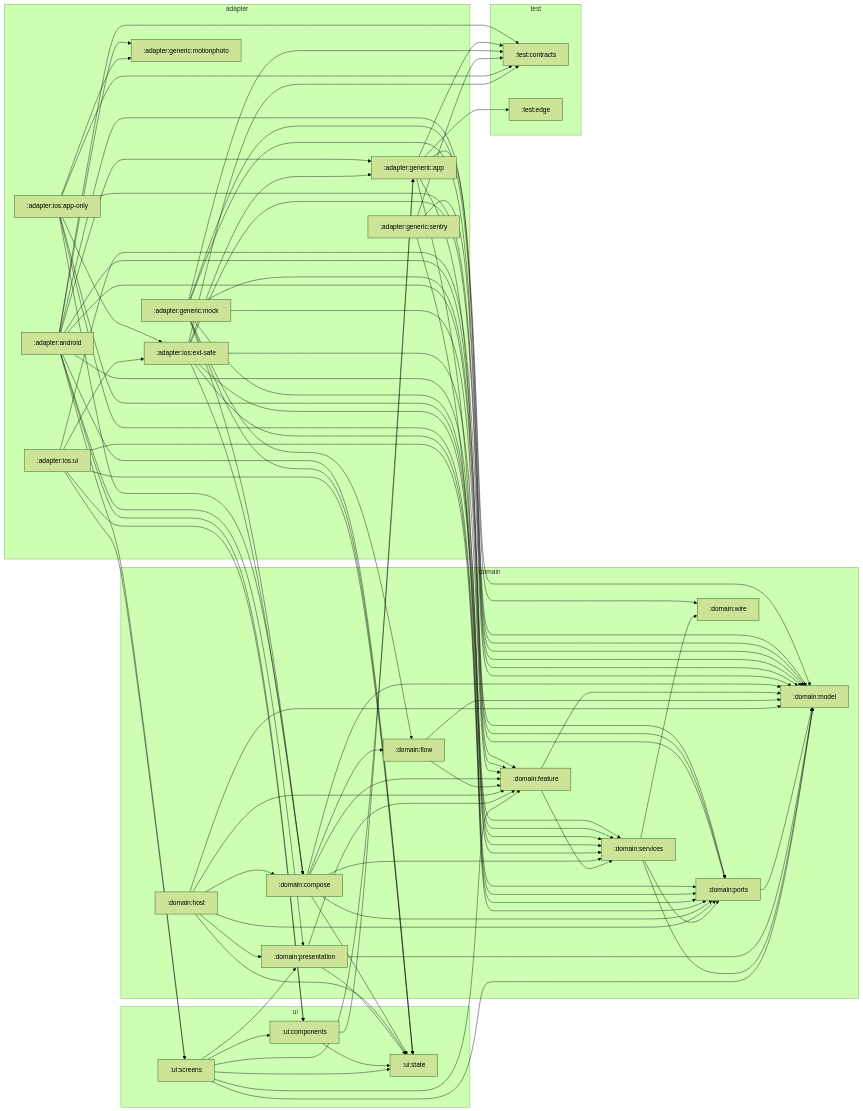
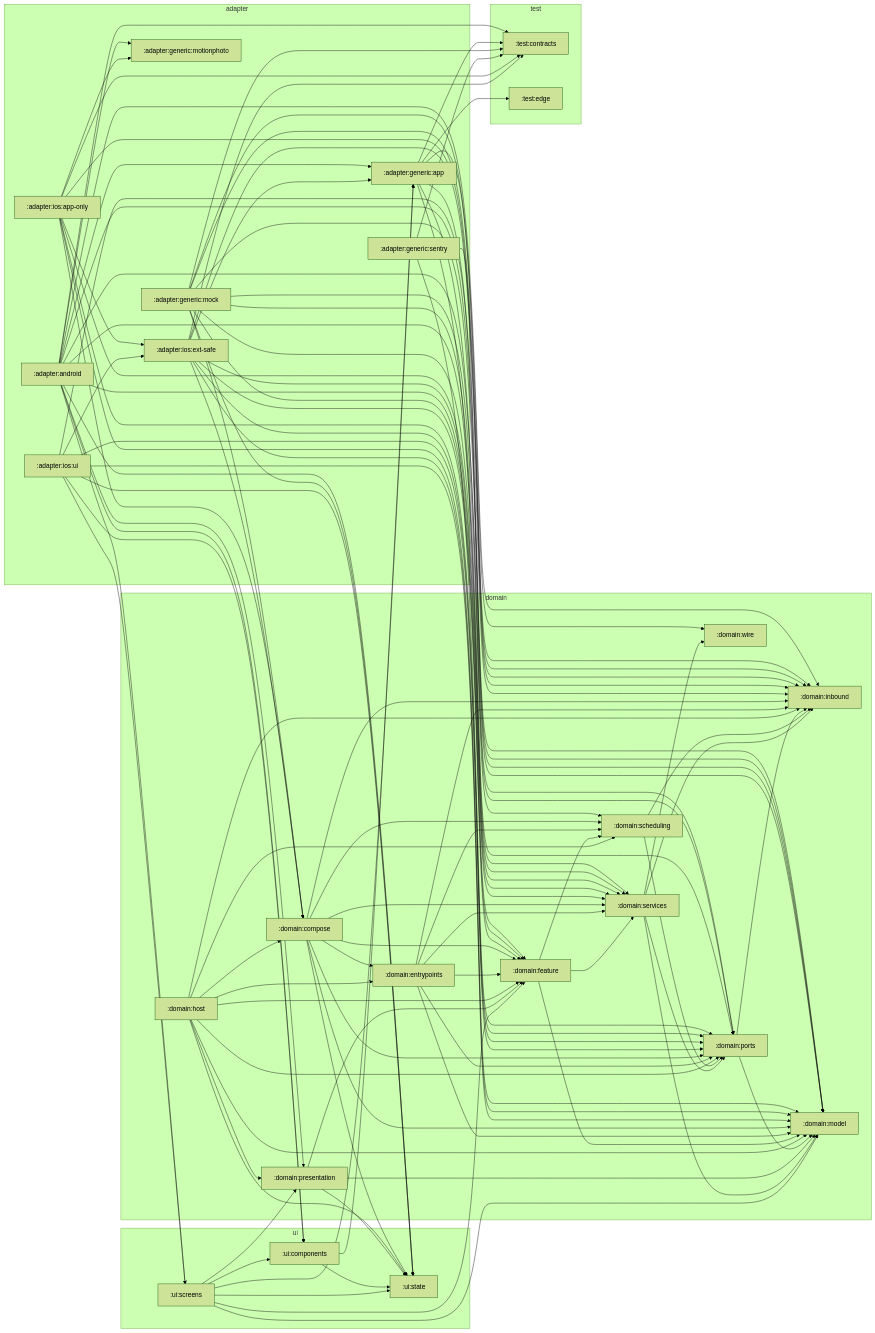
One commit to stefanhoelzl/SnapSync changed the diagram in architecture/zones.md. Above: the diagram before and after it, drawn with Mermaid (forest theme). The commit also changed 371 other files, not shown here.

```diff
--- a/architecture/zones.md
+++ b/architecture/zones.md
@@ -19,12 +19,14 @@
   end
   subgraph domain
     domain_compose[":domain:compose"]
+    domain_entrypoints[":domain:entrypoints"]
     domain_feature[":domain:feature"]
-    domain_flow[":domain:flow"]
     domain_host[":domain:host"]
+    domain_inbound[":domain:inbound"]
     domain_model[":domain:model"]
     domain_ports[":domain:ports"]
     domain_presentation[":domain:presentation"]
+    domain_scheduling[":domain:scheduling"]
     domain_services[":domain:services"]
     domain_wire[":domain:wire"]
   end
@@ -40,6 +42,7 @@
   adapter_android --> adapter_generic_app
   adapter_android --> adapter_generic_motionphoto
   adapter_android --> domain_feature
+  adapter_android --> domain_inbound
   adapter_android --> domain_model
   adapter_android --> domain_ports
   adapter_android --> domain_presentation
@@ -48,6 +51,7 @@
   adapter_android --> ui_components
   adapter_android --> ui_screens
   adapter_android --> ui_state
+  adapter_generic_app --> domain_inbound
   adapter_generic_app --> domain_model
   adapter_generic_app --> domain_ports
   adapter_generic_app --> domain_services
@@ -55,9 +59,10 @@
   adapter_generic_app --> test_edge
   adapter_generic_mock --> domain_compose
   adapter_generic_mock --> domain_feature
-  adapter_generic_mock --> domain_flow
+  adapter_generic_mock --> domain_inbound
   adapter_generic_mock --> domain_model
   adapter_generic_mock --> domain_ports
+  adapter_generic_mock --> domain_scheduling
   adapter_generic_mock --> domain_services
   adapter_generic_mock --> domain_wire
   adapter_generic_mock --> test_contracts
@@ -68,6 +73,7 @@
   adapter_ios_app_only --> adapter_generic_motionphoto
   adapter_ios_app_only --> adapter_ios_ext_safe
   adapter_ios_app_only --> domain_compose
+  adapter_ios_app_only --> domain_inbound
   adapter_ios_app_only --> domain_model
   adapter_ios_app_only --> domain_ports
   adapter_ios_app_only --> domain_services
@@ -75,36 +81,52 @@
   adapter_ios_ext_safe --> adapter_generic_app
   adapter_ios_ext_safe --> domain_compose
   adapter_ios_ext_safe --> domain_feature
+  adapter_ios_ext_safe --> domain_inbound
   adapter_ios_ext_safe --> domain_model
   adapter_ios_ext_safe --> domain_ports
   adapter_ios_ext_safe --> domain_services
   adapter_ios_ext_safe --> test_contracts
   adapter_ios_ui --> adapter_ios_ext_safe
+  adapter_ios_ui --> domain_inbound
   adapter_ios_ui --> domain_model
   adapter_ios_ui --> domain_ports
   adapter_ios_ui --> ui_components
   adapter_ios_ui --> ui_screens
   adapter_ios_ui --> ui_state
+  domain_compose --> domain_entrypoints
   domain_compose --> domain_feature
-  domain_compose --> domain_flow
+  domain_compose --> domain_inbound
   domain_compose --> domain_model
   domain_compose --> domain_ports
+  domain_compose --> domain_scheduling
   domain_compose --> domain_services
   domain_compose --> ui_state
+  domain_entrypoints --> domain_feature
+  domain_entrypoints --> domain_inbound
+  domain_entrypoints --> domain_model
+  domain_entrypoints --> domain_ports
+  domain_entrypoints --> domain_scheduling
+  domain_entrypoints --> domain_services
   domain_feature --> domain_model
+  domain_feature --> domain_scheduling
   domain_feature --> domain_services
-  domain_flow --> domain_feature
-  domain_flow --> domain_model
   domain_host --> domain_compose
+  domain_host --> domain_entrypoints
   domain_host --> domain_feature
+  domain_host --> domain_inbound
   domain_host --> domain_model
   domain_host --> domain_ports
   domain_host --> domain_presentation
+  domain_host --> domain_scheduling
   domain_host --> ui_state
+  domain_ports --> domain_inbound
   domain_ports --> domain_model
   domain_presentation --> domain_feature
   domain_presentation --> domain_model
   domain_presentation --> ui_state
+  domain_scheduling --> domain_inbound
+  domain_scheduling --> domain_ports
+  domain_services --> domain_inbound
   domain_services --> domain_model
   domain_services --> domain_ports
   domain_services --> domain_wire
```
